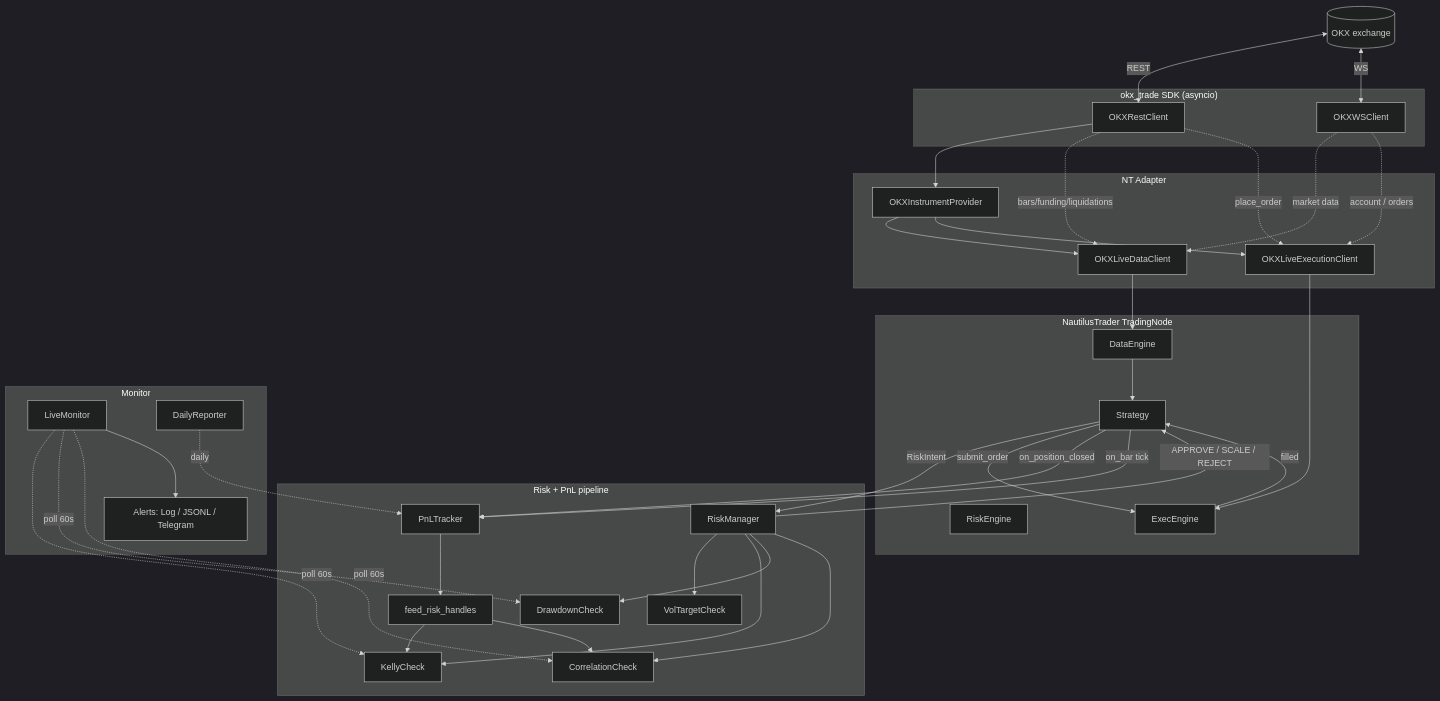
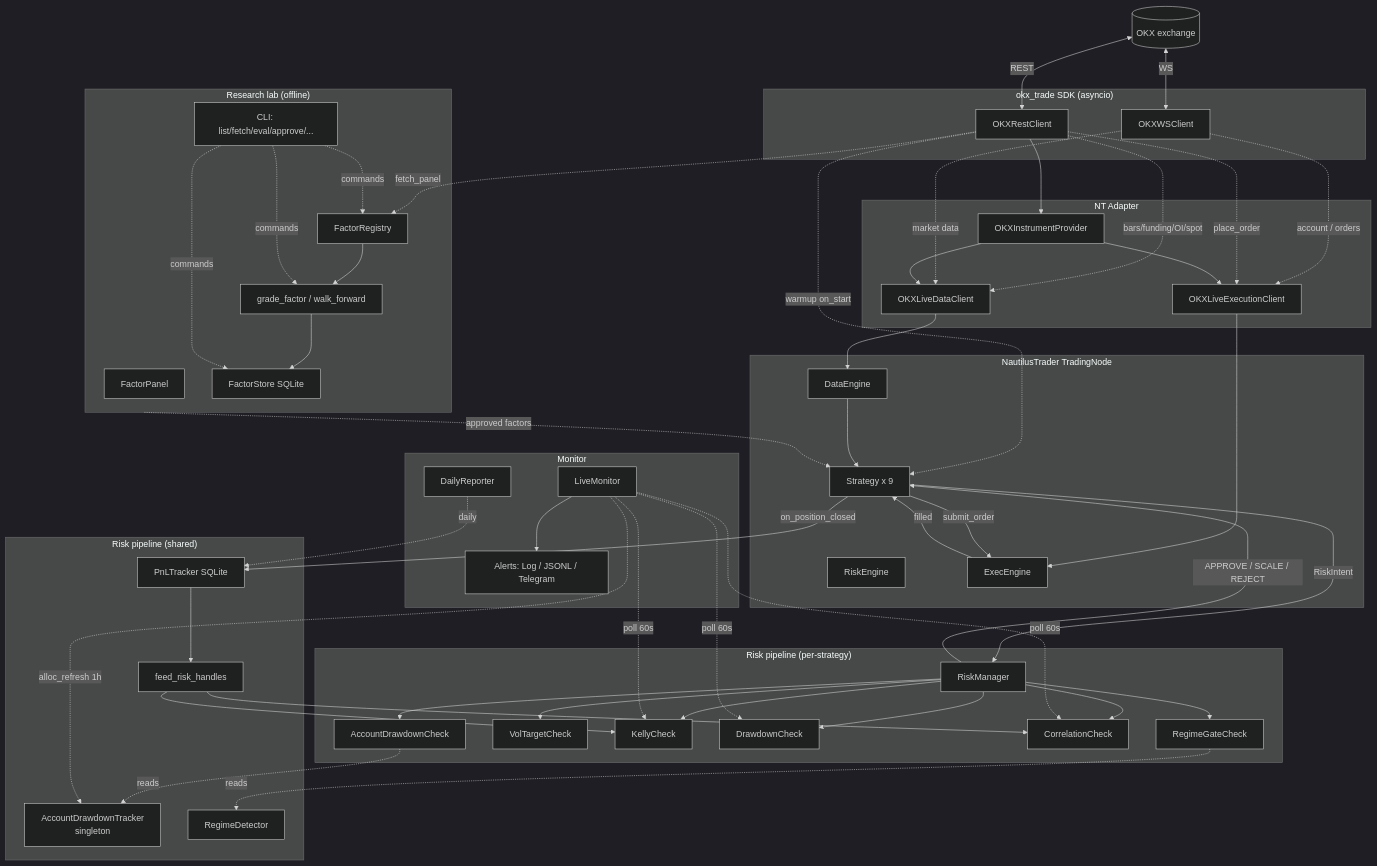
The diagram in ARCHITECTURE.md (DrZhangXD/okx-trade), drawn with Mermaid (dark theme) before and after one commit. The commit also changed other lines of this file and 4 other files, not shown here.

````diff
--- a/ARCHITECTURE.md
+++ b/ARCHITECTURE.md
@@ -22,17 +22,32 @@
         DE[DataEngine]
         RE[RiskEngine]
         EE[ExecEngine]
-        STR[Strategy]
+        STR[Strategy x 9]
     end
 
-    subgraph Risk["Risk + PnL pipeline"]
+    subgraph Risk["Risk pipeline (per-strategy)"]
         RM[RiskManager]
+        ADC[AccountDrawdownCheck]
         VT[VolTargetCheck]
         KC[KellyCheck]
         DD[DrawdownCheck]
         CC[CorrelationCheck]
-        TR[PnLTracker]
+        RG[RegimeGateCheck]
+    end
+
+    subgraph RiskShared["Risk pipeline (shared)"]
+        ADT[AccountDrawdownTracker<br/>singleton]
+        TR[PnLTracker SQLite]
         FEED[feed_risk_handles]
+        RD[RegimeDetector]
+    end
+
+    subgraph Research["Research lab (offline)"]
+        FP[FactorPanel]
+        FR[FactorRegistry]
+        GR[grade_factor / walk_forward]
+        FS[FactorStore SQLite]
+        CLI[CLI: list/fetch/eval/approve/...]
     end
 
     subgraph Mon["Monitor"]
@@ -45,7 +60,8 @@
     OKX <-->|WS| WS
 
     REST --> IP
-    REST -.bars/funding/liquidations.-> DC
+    REST -.bars/funding/OI/spot.-> DC
+    REST -.warmup on_start.-> STR
     WS -.market data.-> DC
     WS -.account / orders.-> EC
     REST -.place_order.-> EC
@@ -56,18 +72,26 @@
     EC --> EE
     DE --> STR
     STR -->|RiskIntent| RM
-    RM --> VT & KC & DD & CC
+    RM --> ADC & VT & KC & DD & CC & RG
+    ADC -.reads.-> ADT
+    RG -.reads.-> RD
     RM -->|APPROVE / SCALE / REJECT| STR
     STR -->|submit_order| EE
     EE -->|filled| STR
 
     STR -->|on_position_closed| TR
-    STR -->|on_bar tick| TR
     TR --> FEED
     FEED --> KC
     FEED --> CC
 
+    LM -.alloc_refresh 1h.-> ADT
     LM -.poll 60s.-> KC & DD & CC
     LM --> AL
     DR -.daily.-> TR
+
+    Research -.approved factors.-> STR
+    REST -.fetch_panel.-> FR
+    FR --> GR
+    GR --> FS
+    CLI -.commands.-> FR & GR & FS
 ```
````
